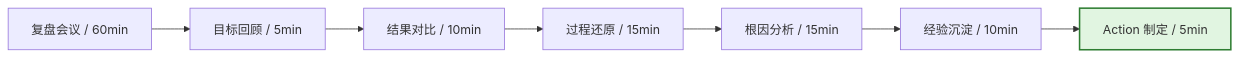
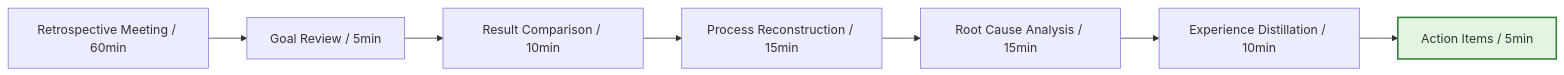
One commit to Kirky-X/cangjie changed the ninth of 9 diagrams in templates/产品/运营层/【模板】运营手册.md. Above: the diagram before and after it, drawn with Mermaid. The commit also changed other lines of this file and 46 other files, not shown here.

````diff
--- a/templates/产品/运营层/【模板】运营手册.md
+++ b/templates/产品/运营层/【模板】运营手册.md
@@ -458,11 +458,11 @@
 ```mermaid
 flowchart LR
-    A[复盘会议 / 60min] --> B[目标回顾 / 5min]
-    B --> C[结果对比 / 10min]
-    C --> D[过程还原 / 15min]
-    D --> E[根因分析 / 15min]
-    E --> F[经验沉淀 / 10min]
-    F --> G[Action 制定 / 5min]
+    A[Retrospective Meeting / 60min] --> B[Goal Review / 5min]
+    B --> C[Result Comparison / 10min]
+    C --> D[Process Reconstruction / 15min]
+    D --> E[Root Cause Analysis / 15min]
+    E --> F[Experience Distillation / 10min]
+    F --> G[Action Items / 5min]
 
     style G fill:#e1f5e1,stroke:#2e7d32,stroke-width:2px
 ```
````
